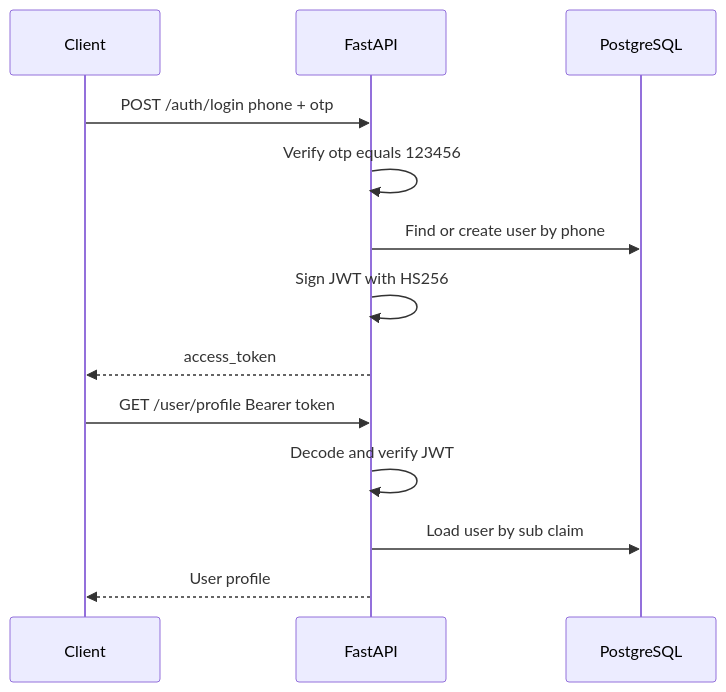
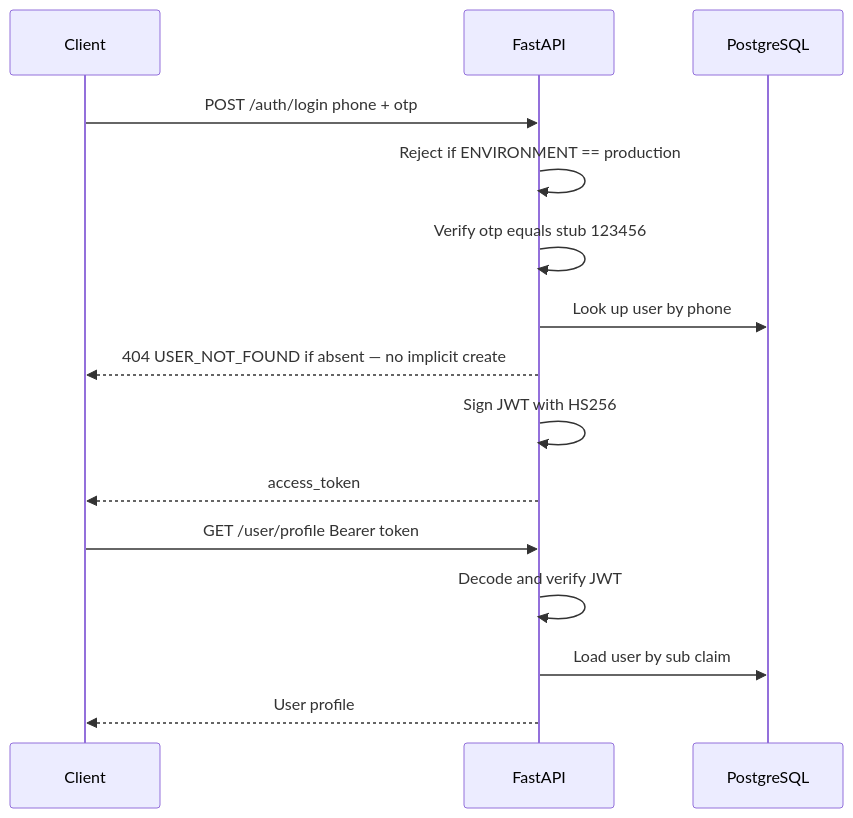
Before and after one commit to nithishkumar2022020/MealsOnWheels: the diagram in docs/10_SECURITY.md, drawn with Mermaid. The commit also changed other lines of this file and 16 other files, not shown here.

````diff
--- a/docs/10_SECURITY.md
+++ b/docs/10_SECURITY.md
@@ -38,17 +43,19 @@
 ```mermaid
 sequenceDiagram
   participant C as Client
   participant API as FastAPI
   participant DB as PostgreSQL
 
   C->>API: POST /auth/login phone + otp
-  API->>API: Verify otp equals 123456
-  API->>DB: Find or create user by phone
+  API->>API: Reject if ENVIRONMENT == production
+  API->>API: Verify otp equals stub 123456
+  API->>DB: Look up user by phone
+  API-->>C: 404 USER_NOT_FOUND if absent — no implicit create
   API->>API: Sign JWT with HS256
   API-->>C: access_token
 
   C->>API: GET /user/profile Bearer token
   API->>API: Decode and verify JWT
   API->>DB: Load user by sub claim
   API-->>C: User profile
 ```
````
